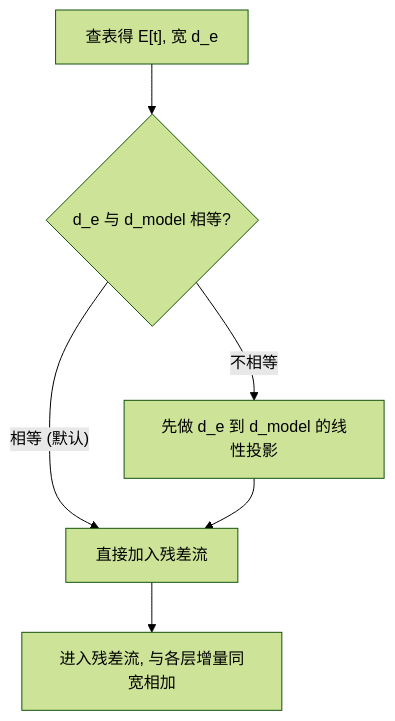
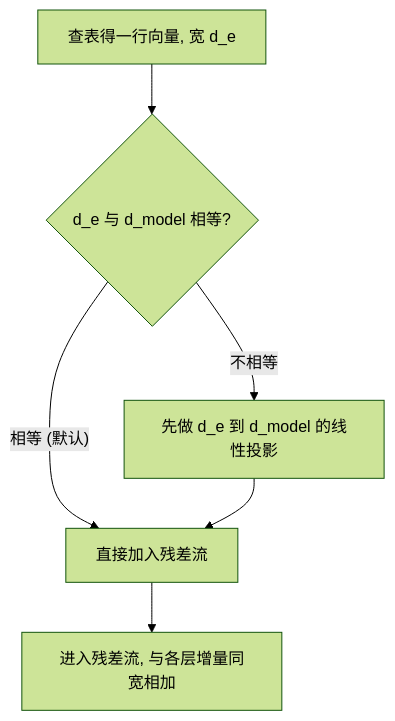
The first of 2 diagrams in docs/llm/embedding-dmodel.md (xhongduo-tech/xhongduo-tech.github.io), drawn with Mermaid (forest theme) before and after one commit. The commit also changed 2 other files, not shown here.

Commit message:
Enhance 100+ more articles with second diagrams and beginner marginnotes.
Cumulative: 700+ of 5950 articles enhanced with 2+ mermaid diagrams
and 3+ beginner-friendly marginnotes.

````diff
--- a/docs/llm/embedding-dmodel.md
+++ b/docs/llm/embedding-dmodel.md
@@ -30,8 +30,8 @@
 ```mermaid
 flowchart TD
-  E["查表得 E[t], 宽 d_e"] --> Q{"d_e 与 d_model 相等?"}
+  E["查表得一行向量, 宽 d_e"] --> Q{"d_e 与 d_model 相等?"}
   Q -- "相等 (默认)" --> ADD["直接加入残差流"]
   Q -- "不相等" --> PROJ["先做 d_e 到 d_model 的线性投影"]
   PROJ --> ADD
   ADD --> RES["进入残差流, 与各层增量同宽相加"]
 ```
````
